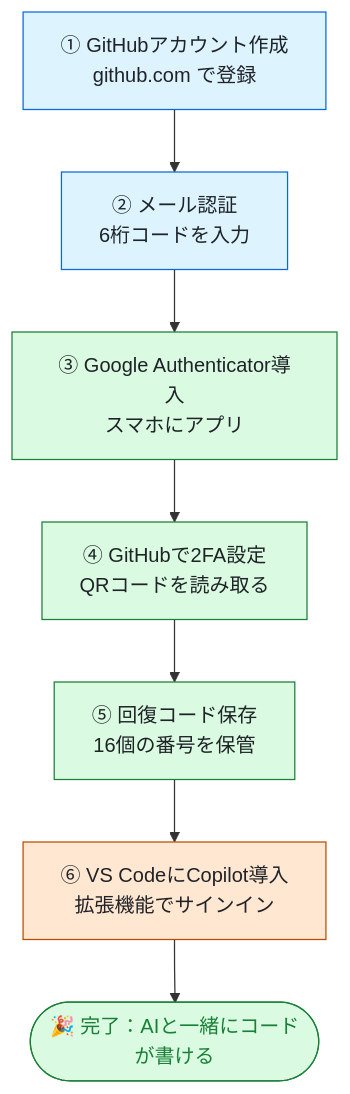
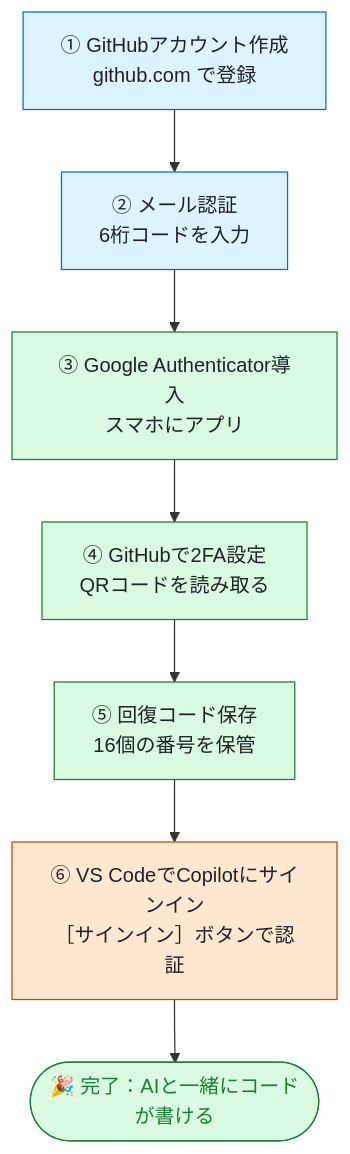
The first of 4 diagrams in GitHub設定ガイド（一般向け）.md (kawaba/Autosetup-Vscode-python-book), drawn with Mermaid before and after one commit. The commit also changed other lines of this file and 3 other files, not shown here.

````diff
--- a/GitHub設定ガイド（一般向け）.md
+++ b/GitHub設定ガイド（一般向け）.md
@@ -21,18 +21,18 @@
 ```mermaid
 flowchart TD
     A1["① GitHubアカウント作成<br/>github.com で登録"] --> A2["② メール認証<br/>6桁コードを入力"]
     A2 --> B3["③ Google Authenticator導入<br/>スマホにアプリ"]
     B3 --> B4["④ GitHubで2FA設定<br/>QRコードを読み取る"]
     B4 --> B5["⑤ 回復コード保存<br/>16個の番号を保管"]
-    B5 --> D6["⑥ VS CodeにCopilot導入<br/>拡張機能でサインイン"]
+    B5 --> D6["⑥ VS CodeでCopilotにサインイン<br/>［サインイン］ボタンで認証"]
     D6 --> G(["🎉 完了：AIと一緒にコードが書ける"])
 
     classDef acc fill:#ddf4ff,stroke:#0969da,color:#1f2328;
     classDef sec fill:#dafbe1,stroke:#1a7f37,color:#1f2328;
     classDef dev fill:#ffe7d1,stroke:#bc4c00,color:#1f2328;
     classDef goal fill:#dafbe1,stroke:#1a7f37,color:#1a7f37;
     class A1,A2 acc;
     class B3,B4,B5 sec;
     class D6 dev;
     class G goal;
 ```
````
